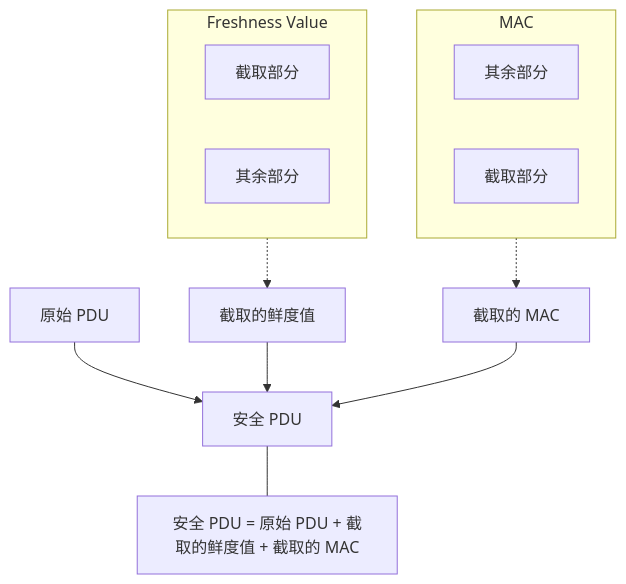
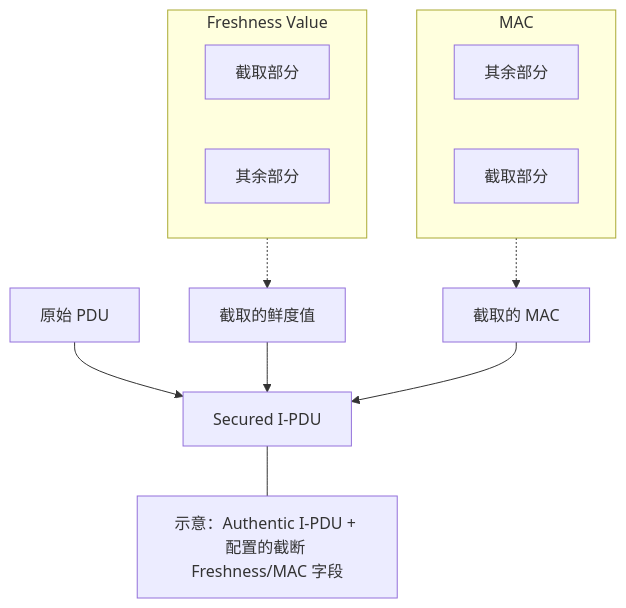
One commit to leehyon/garden changed the first of 2 diagrams in content/autosar/classic/SecOC.md. Above: the diagram before and after it, drawn with Mermaid. The commit also changed other lines of this file and 76 other files, not shown here.

````diff
--- a/content/autosar/classic/SecOC.md
+++ b/content/autosar/classic/SecOC.md
@@ -36,28 +26,28 @@
 ```mermaid
 flowchart TB
 
     subgraph FV["Freshness Value"]
         direction LR
         FV1["截取部分"]
         FV2["其余部分"]
     end
 
     subgraph MAC["MAC"]
         direction LR
         MAC1["其余部分"]
         MAC2["截取部分"]
     end
 
     FV1 -.-> FVS["截取的鲜度值"]
     MAC2 -.-> MACS["截取的 MAC"]
 
     PDU["原始 PDU"]
 
-    PDU --> SPDU["安全 PDU"]
+    PDU --> SPDU["Secured I-PDU"]
     FVS --> SPDU
     MACS --> SPDU
 
-    note["安全 PDU = 原始 PDU + 截取的鲜度值 + 截取的 MAC"]
+    note["示意：Authentic I-PDU + 配置的截断 Freshness/MAC 字段"]
 
     SPDU --- note
 ```
````
